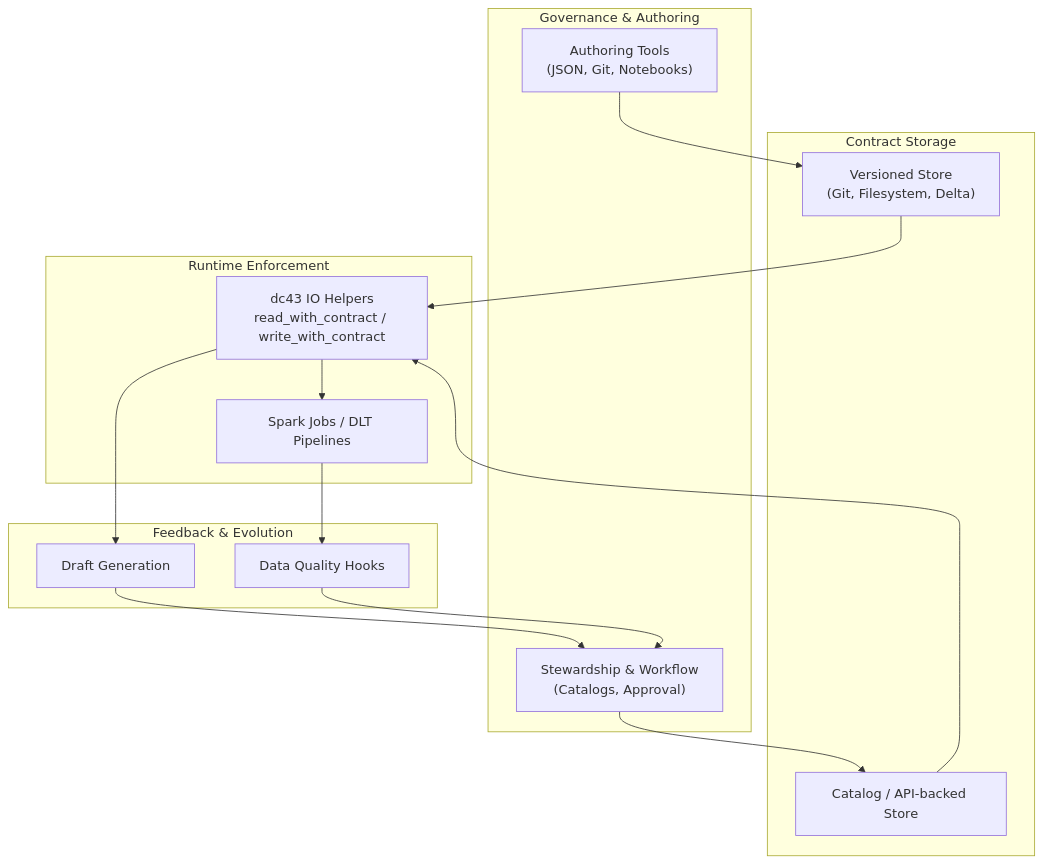
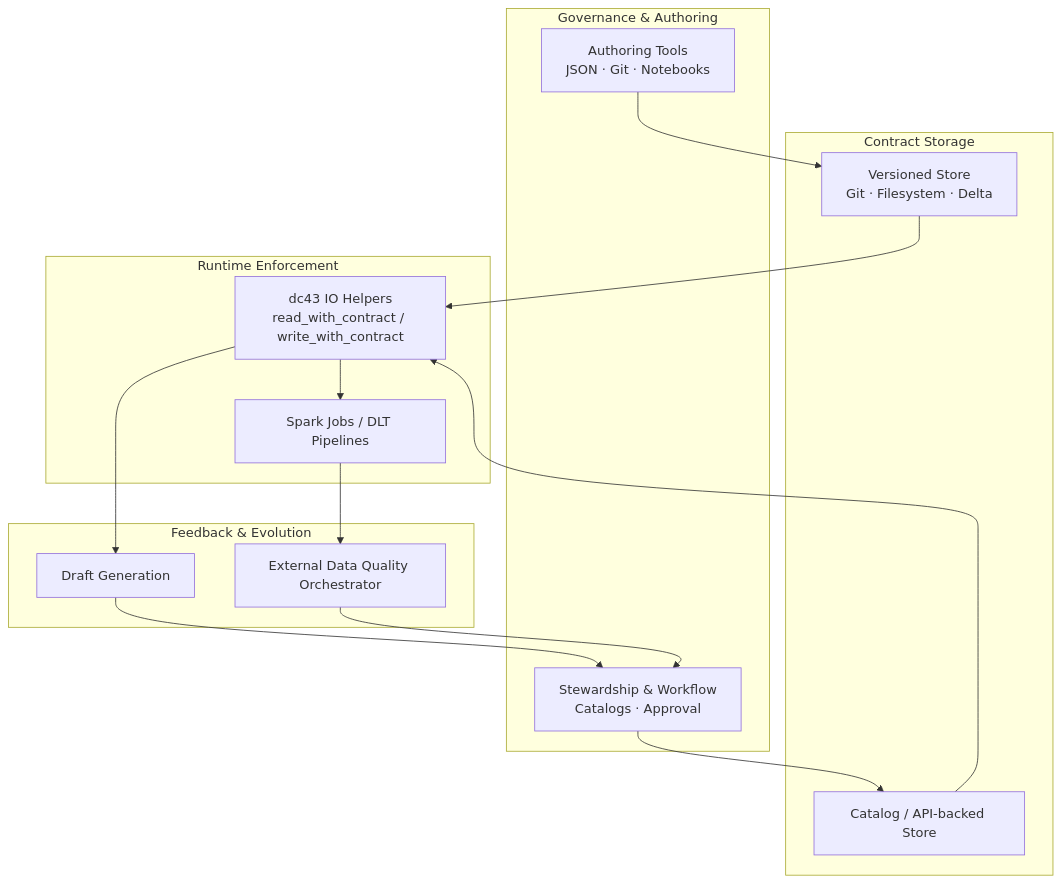
The first of 2 diagrams in README.md (NextLab-SRL/dc43), drawn with Mermaid before and after one commit. The commit also changed other lines of this file and 3 other files, not shown here.

Commit message:
Document DQ orchestrator and fix diagrams

````diff
--- a/README.md
+++ b/README.md
@@ -25,32 +25,32 @@
 ```mermaid
 flowchart TD
     subgraph Governance & Authoring
-        Authoring["Authoring Tools<br/>(JSON, Git, Notebooks)"]
-        Stewardship["Stewardship & Workflow<br/>(Catalogs, Approval)"]
+        Authoring["Authoring Tools<br/>JSON · Git · Notebooks"]
+        Stewardship["Stewardship & Workflow<br/>Catalogs · Approval"]
     end
 
     subgraph Contract Storage
-        Versioned["Versioned Store<br/>(Git, Filesystem, Delta)"]
+        Versioned["Versioned Store<br/>Git · Filesystem · Delta"]
         Catalog["Catalog / API-backed Store"]
     end
 
     subgraph Runtime Enforcement
         IOHelpers["dc43 IO Helpers<br/>read_with_contract / write_with_contract"]
         Pipelines["Spark Jobs / DLT Pipelines"]
     end
 
     subgraph Feedback & Evolution
         Drafts["Draft Generation"]
-        DQ["Data Quality Hooks"]
+        DQ["External Data Quality Orchestrator"]
     end
 
     Authoring --> Versioned
     Stewardship --> Catalog
     Versioned --> IOHelpers
     Catalog --> IOHelpers
     IOHelpers --> Pipelines
     IOHelpers --> Drafts
     Pipelines --> DQ
     Drafts --> Stewardship
     DQ --> Stewardship
 ```
````
